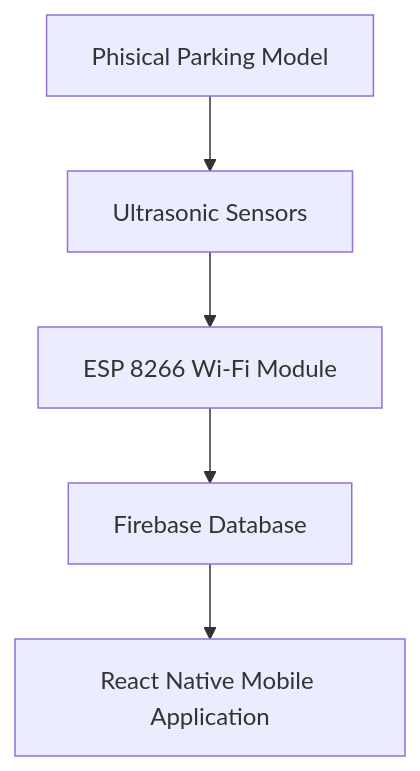
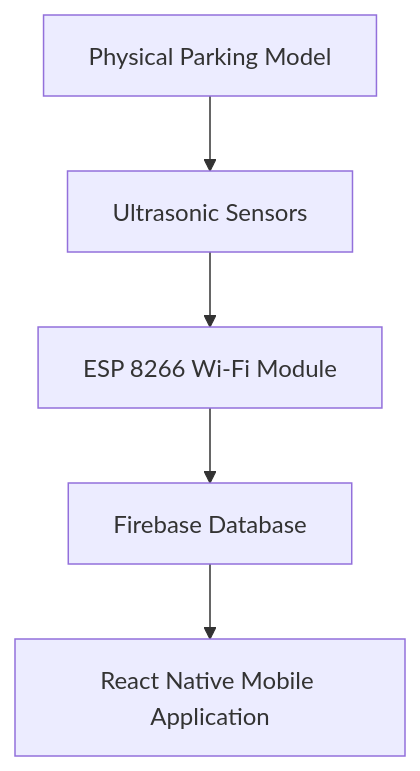
One commit to Mekflajn/ParkMe-App changed the diagram in README.md. Above: the diagram before and after it, drawn with Mermaid. The commit also changed other lines of this file, not shown here.

````diff
--- a/README.md
+++ b/README.md
@@ -31,7 +31,7 @@
  ```mermaid
 flowchart TD
-  A[Phisical Parking Model] --> B[Ultrasonic Sensors]
+  A[Physical Parking Model] --> B[Ultrasonic Sensors]
   B --> C[ESP 8266 Wi-Fi Module]
   C --> D[Firebase Database]
   D --> E[React Native Mobile Application]
  ```
````
